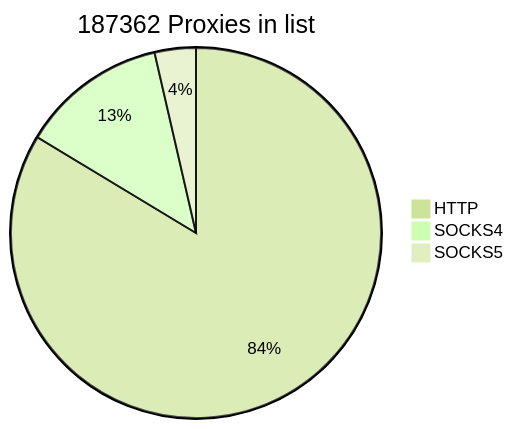
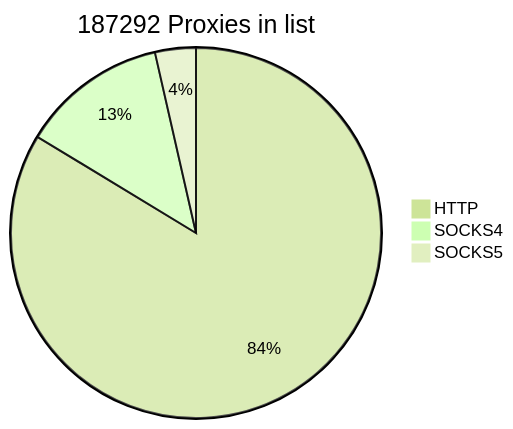
The first of 2 diagrams in README.md (cutipu/proxylist), drawn with Mermaid (forest theme) before and after one commit. The commit also changed other lines of this file, not shown here.

````diff
--- a/README.md
+++ b/README.md
@@ -2,7 +2,7 @@
 ```mermaid
-pie title 187362 Proxies in list
+pie title 187292 Proxies in list
     "HTTP" : 156721
-    "SOCKS4" : 23901
-    "SOCKS5" : 6740
+    "SOCKS4" : 23903
+    "SOCKS5" : 6668
             
 ```
````
